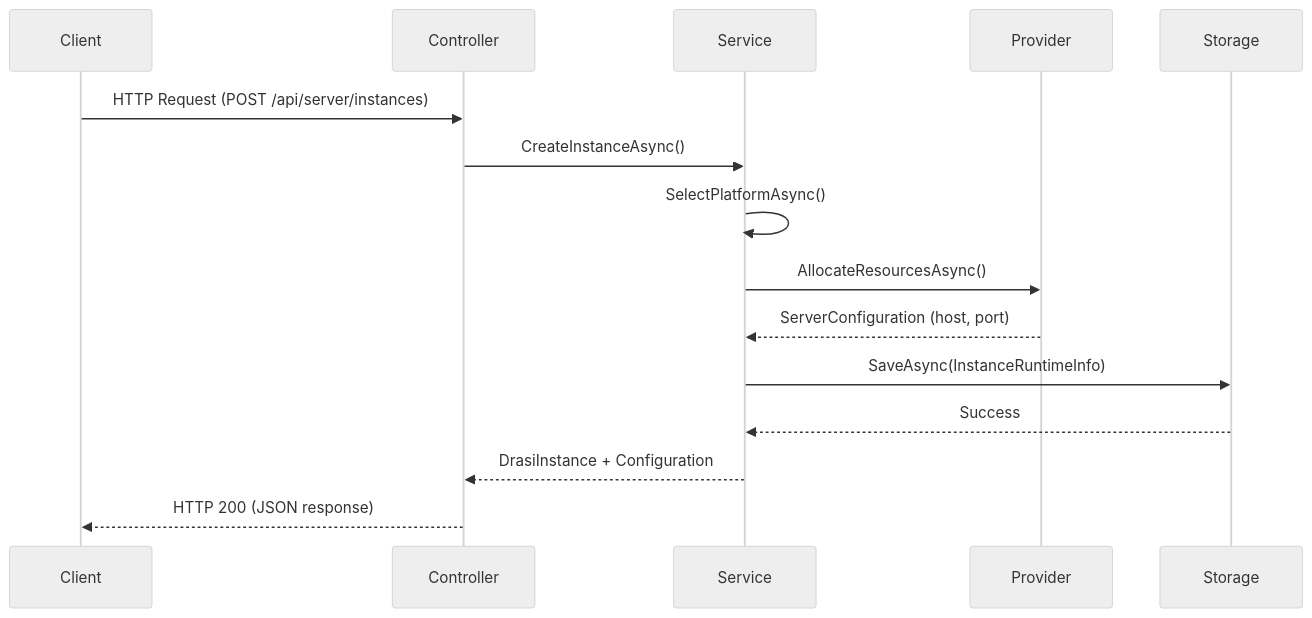
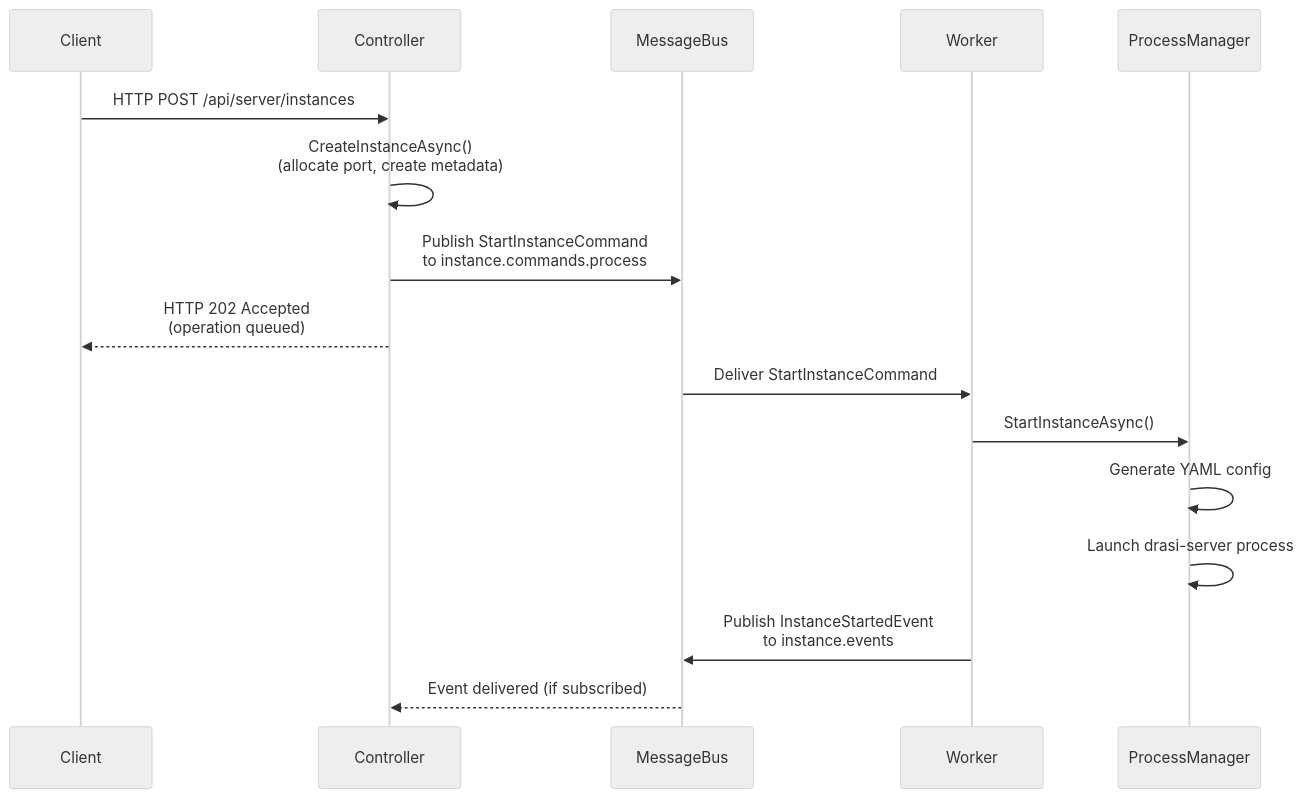
Before and after one commit to samirbanjanovic/draas: the diagram in src/DRaaS.ControlPlane/README.md, drawn with Mermaid (neutral theme). The commit also changed other lines of this file and 4 other files, not shown here.

First line of the commit message:
Refactor docs for distributed message bus architecture

````diff
--- a/src/DRaaS.ControlPlane/README.md
+++ b/src/DRaaS.ControlPlane/README.md
@@ -367,18 +404,21 @@
 ```mermaid
 sequenceDiagram
     participant Client
     participant Controller
-    participant Service
-    participant Provider
-    participant Storage
+    participant MessageBus
+    participant Worker
+    participant ProcessManager
 
-    Client->>Controller: HTTP Request (POST /api/server/instances)
-    Controller->>Service: CreateInstanceAsync()
-    Service->>Service: SelectPlatformAsync()
-    Service->>Provider: AllocateResourcesAsync()
-    Provider-->>Service: ServerConfiguration (host, port)
-    Service->>Storage: SaveAsync(InstanceRuntimeInfo)
-    Storage-->>Service: Success
-    Service-->>Controller: DrasiInstance + Configuration
-    Controller-->>Client: HTTP 200 (JSON response)
+    Client->>Controller: HTTP POST /api/server/instances
+    Controller->>Controller: CreateInstanceAsync()<br/>(allocate port, create metadata)
+    Controller->>MessageBus: Publish StartInstanceCommand<br/>to instance.commands.process
+    Controller-->>Client: HTTP 202 Accepted<br/>(operation queued)
+
+    MessageBus->>Worker: Deliver StartInstanceCommand
+    Worker->>ProcessManager: StartInstanceAsync()
+    ProcessManager->>ProcessManager: Generate YAML config
+    ProcessManager->>ProcessManager: Launch drasi-server process
+    Worker->>MessageBus: Publish InstanceStartedEvent<br/>to instance.events
+
+    MessageBus-->>Controller: Event delivered (if subscribed)
 ```
````
